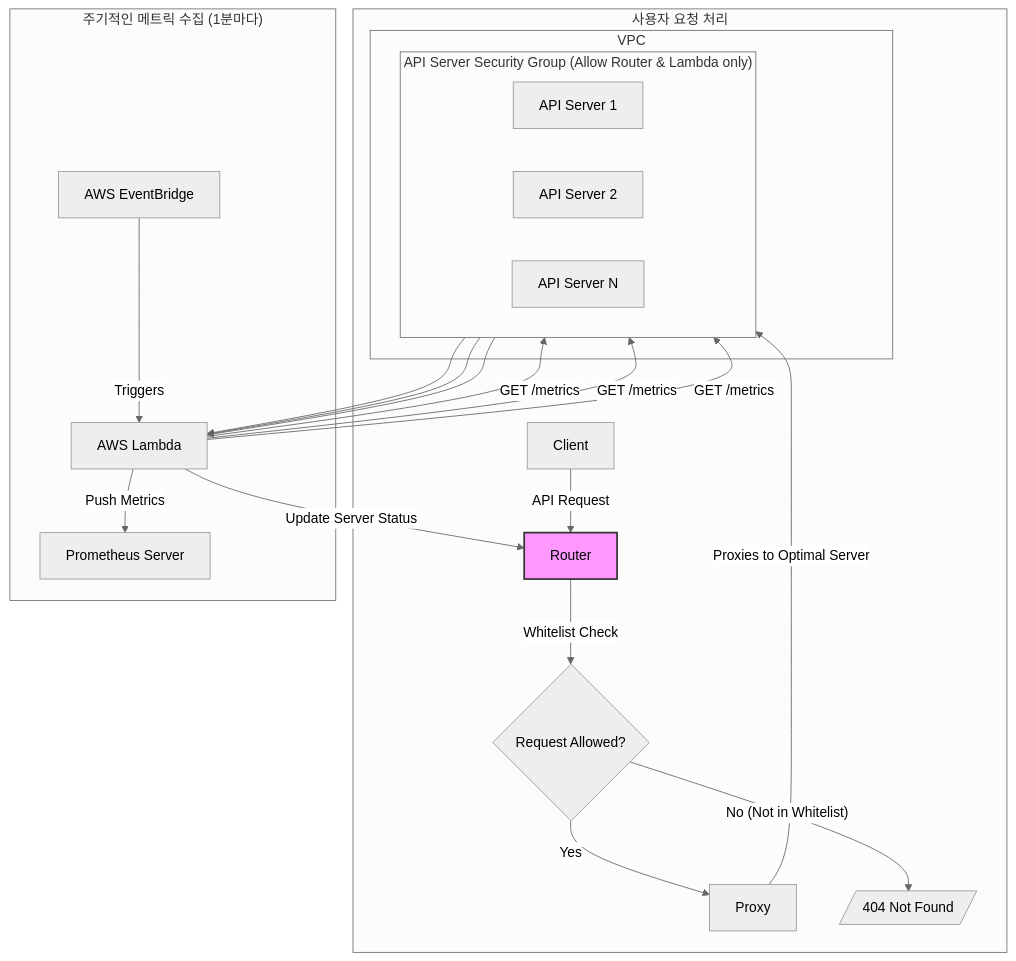
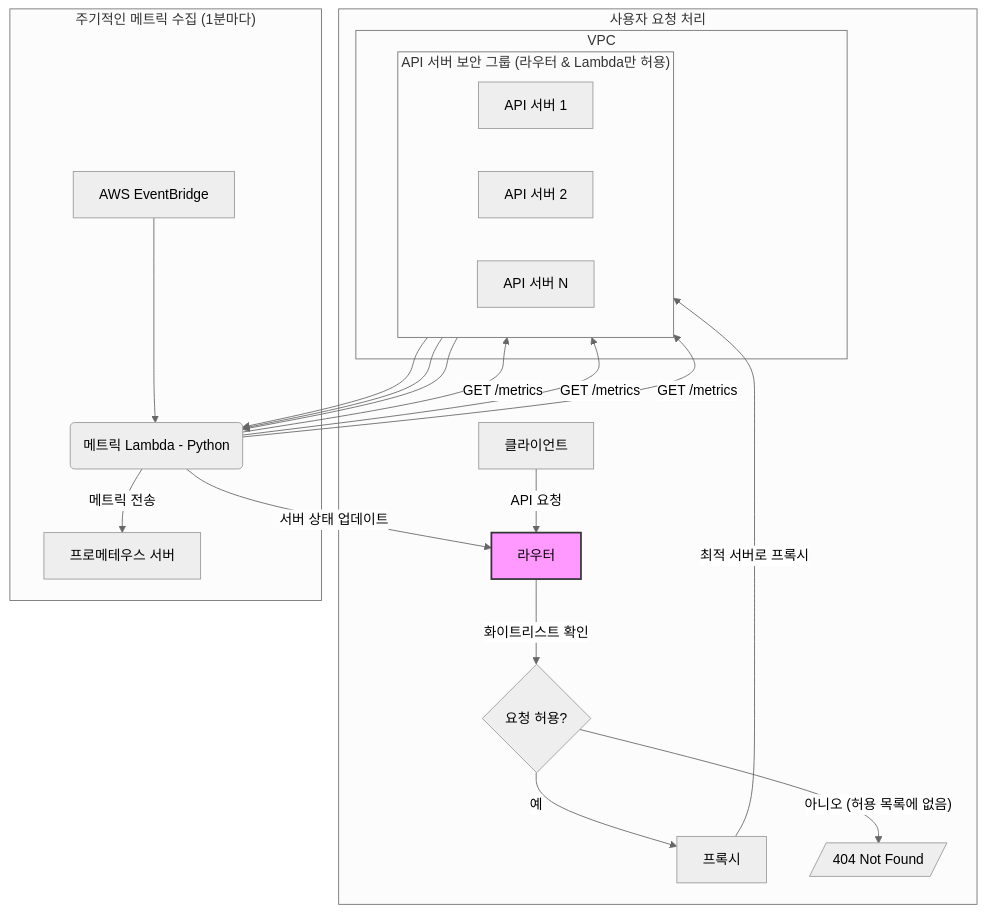
Before and after one commit to ndns-dev/.github: the fourth of 4 diagrams in profile/README.md, drawn with Mermaid (neutral theme). The commit also changed other lines of this file, not shown here.

````diff
--- a/profile/README.md
+++ b/profile/README.md
@@ -97,32 +94,32 @@
 ```mermaid
 graph TD
     subgraph "사용자 요청 처리"
-        Client -- "API Request" --> Router;
-        Router -- "Whitelist Check" --> Router_Decision{Request Allowed?};
-        Router_Decision -- "Yes" --> Proxy;
-        Router_Decision -- "No (Not in Whitelist)" --> Reject[/"404 Not Found"/];
+        클라이언트 -- "API 요청" --> 라우터;
+        라우터 -- "화이트리스트 확인" --> 라우터_결정{요청 허용?};
+        라우터_결정 -- "예" --> 프록시;
+        라우터_결정 -- "아니오 (허용 목록에 없음)" --> 요청_거부[/"404 Not Found"/];
         subgraph "VPC"
-            subgraph "API Server Security Group (Allow Router & Lambda only)"
+            subgraph "API 서버 보안 그룹 (라우터 & Lambda만 허용)"
                 direction LR
-                API1[API Server 1];
-                API2[API Server 2];
-                APIN[API Server N];
+                API_서버_1[API 서버 1];
+                API_서버_2[API 서버 2];
+                API_서버_N[API 서버 N];
             end
         end
-        Proxy -- "Proxies to Optimal Server" --> API2;
+        프록시 -- "최적 서버로 프록시" --> API_서버_2;
     end
 
     subgraph "주기적인 메트릭 수집 (1분마다)"
-        EventBridge[AWS EventBridge] -- Triggers --> Lambda[AWS Lambda];
-        Lambda -- "GET /metrics" --> API1;
-        Lambda -- "GET /metrics" --> API2;
-        Lambda -- "GET /metrics" --> APIN;
-        API1 --> Lambda;
-        API2 --> Lambda;
-        APIN --> Lambda;
-        Lambda -- "Push Metrics" --> Prometheus[Prometheus Server];
-        Lambda -- "Update Server Status" --> Router;
+        EventBridge[AWS EventBridge] --> 메트릭_Lambda(메트릭 Lambda - Python);
+        메트릭_Lambda -- "GET /metrics" --> API_서버_1;
+        메트릭_Lambda -- "GET /metrics" --> API_서버_2;
+        메트릭_Lambda -- "GET /metrics" --> API_서버_N;
+        API_서버_1 --> 메트릭_Lambda;
+        API_서버_2 --> 메트릭_Lambda;
+        API_서버_N --> 메트릭_Lambda;
+        메트릭_Lambda -- "메트릭 전송" --> 프로메테우스_서버[프로메테우스 서버];
+        메트릭_Lambda -- "서버 상태 업데이트" --> 라우터;
     end
 
-    style Router fill:#f9f,stroke:#333,stroke-width:2px
+    style 라우터 fill:#f9f,stroke:#333,stroke-width:2px
 ```
````
